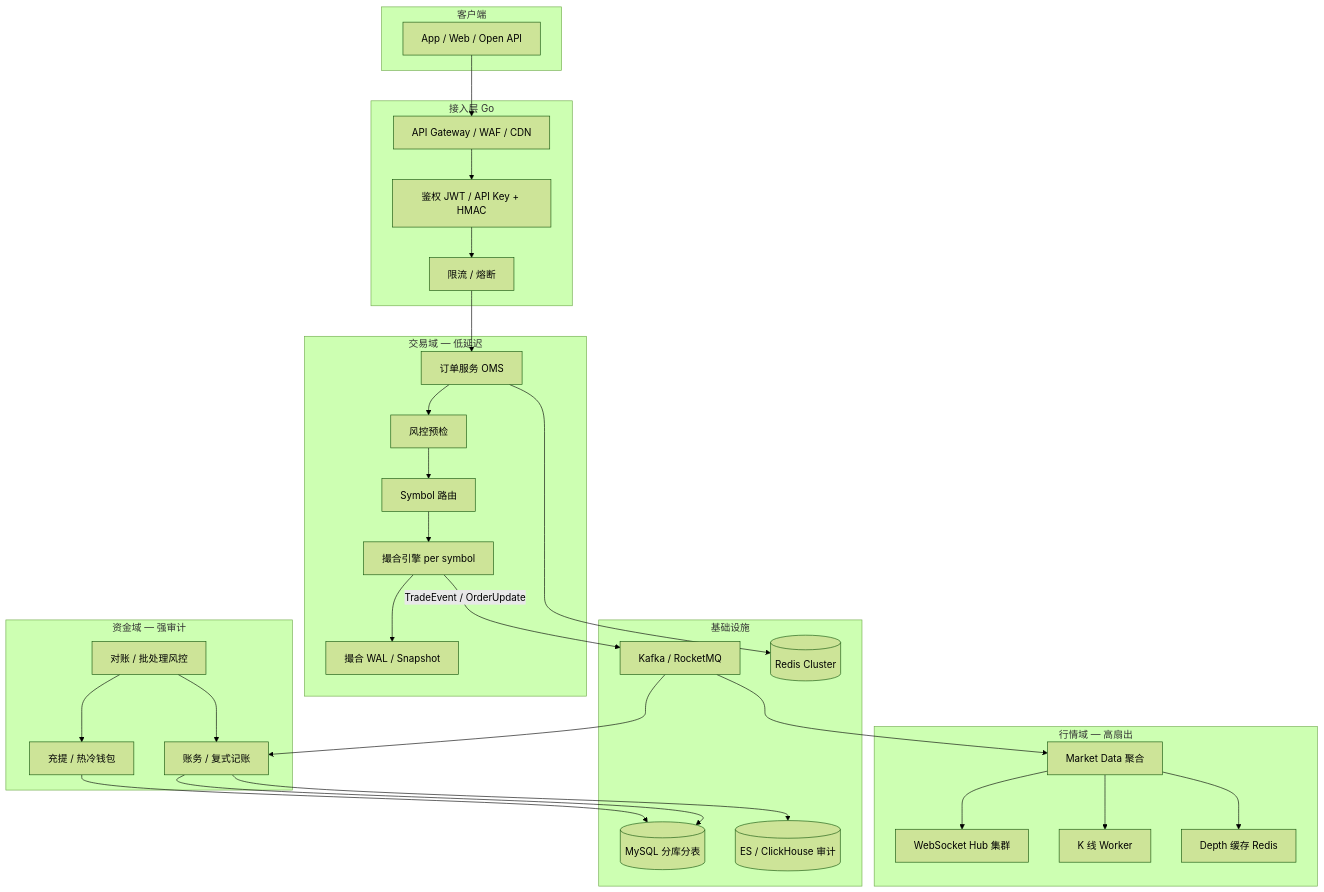
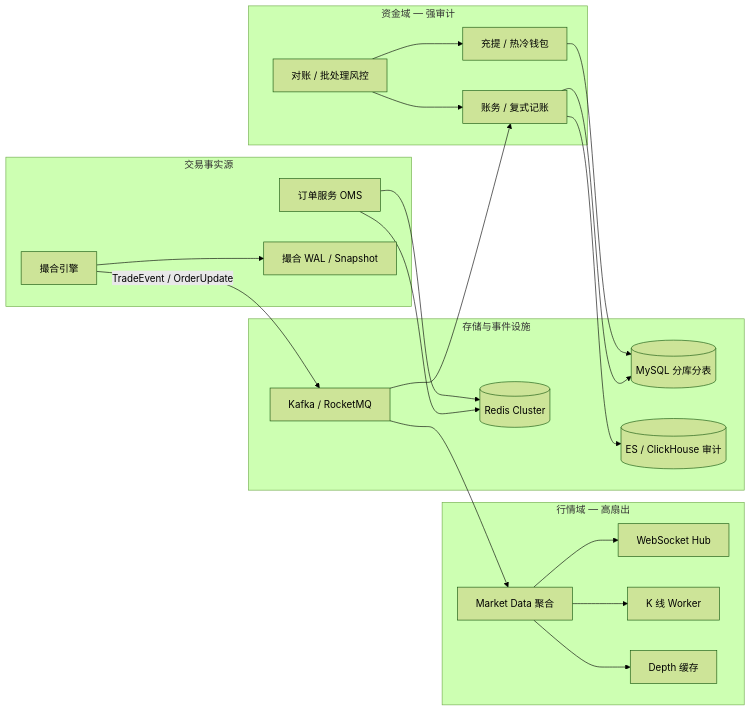
The second of 7 diagrams in docs/interview/14-dex-cex-engineering/S-EXCH-13-cex-end-to-end-architecture.md (twodog-tt/Golang-development-manual), drawn with Mermaid (forest theme) before and after one commit. The commit also changed 15 other files, not shown here.

Commit message:
feat: add interactive Mermaid viewer

````diff
--- a/docs/interview/14-dex-cex-engineering/S-EXCH-13-cex-end-to-end-architecture.md
+++ b/docs/interview/14-dex-cex-engineering/S-EXCH-13-cex-end-to-end-architecture.md
@@ -36,50 +60,39 @@
 ```mermaid
-flowchart TB
-  subgraph Client[客户端]
-    App[App / Web / Open API]
-  end
-  subgraph Gateway[接入层 Go]
-    GW[API Gateway / WAF / CDN]
-    Auth[鉴权 JWT / API Key + HMAC]
-    RL[限流 / 熔断]
-  end
-  subgraph Trading[交易域 — 低延迟]
+flowchart LR
+  subgraph Trading[交易事实源]
     OMS[订单服务 OMS]
-    Risk[风控预检]
-    Router[Symbol 路由]
-    ME[撮合引擎 per symbol]
+    ME[撮合引擎]
     WAL[撮合 WAL / Snapshot]
   end
   subgraph Fund[资金域 — 强审计]
     Ledger[账务 / 复式记账]
     Wallet[充提 / 热冷钱包]
     Recon[对账 / 批处理风控]
   end
   subgraph Market[行情域 — 高扇出]
     MD[Market Data 聚合]
-    WS[WebSocket Hub 集群]
+    WS[WebSocket Hub]
     Kline[K 线 Worker]
-    Depth[Depth 缓存 Redis]
+    Depth[Depth 缓存]
   end
-  subgraph Infra[基础设施]
+  subgraph Infra[存储与事件设施]
     MQ[Kafka / RocketMQ]
     DB[(MySQL 分库分表)]
     Cache[(Redis Cluster)]
     ES[(ES / ClickHouse 审计)]
   end
-  App --> GW --> Auth --> RL --> OMS
-  OMS --> Risk --> Router --> ME
+  OMS --> Cache
   ME --> WAL
   ME -->|TradeEvent / OrderUpdate| MQ
   MQ --> Ledger
   MQ --> MD
   MD --> WS
   MD --> Kline
   MD --> Depth
   Ledger --> DB
   Wallet --> DB
   OMS --> Cache
   Recon --> Ledger
   Recon --> Wallet
   Ledger --> ES
 ```
````
